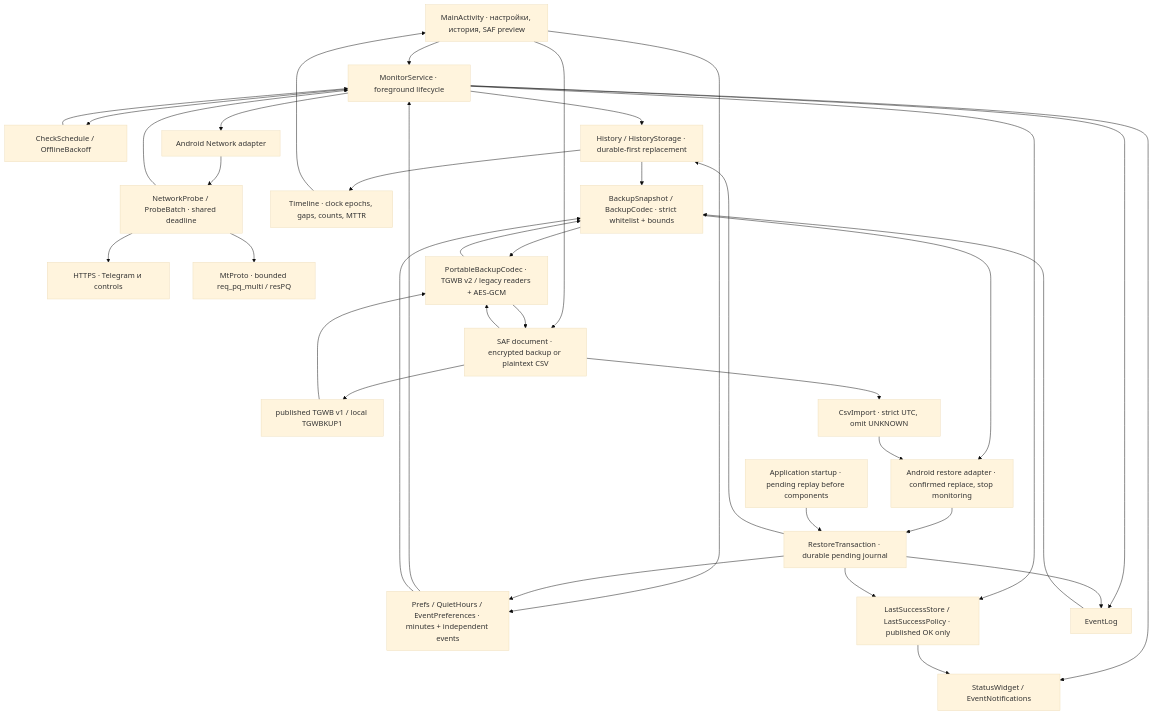
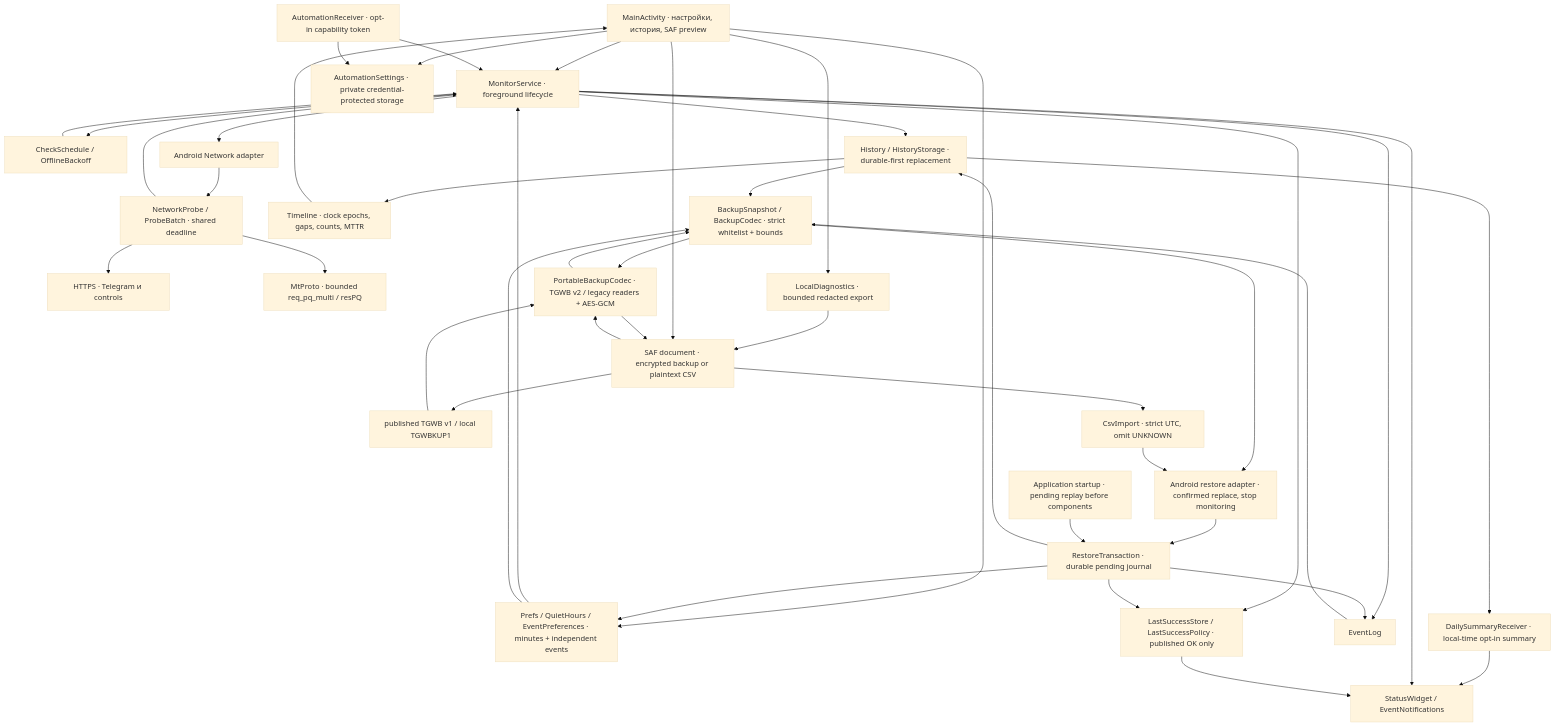
One commit to qlolp/TgWatch changed the first of 2 diagrams in docs/superpowers/architecture.md. Above: the diagram before and after it, drawn with Mermaid (base theme). The commit also changed other lines of this file and 65 other files, not shown here.

Commit message:
Add Android 15 accessibility, token automation and local diagnostics

````diff
--- a/docs/superpowers/architecture.md
+++ b/docs/superpowers/architecture.md
@@ -5,62 +5,73 @@
 ```mermaid
 flowchart TD
     UI["MainActivity · настройки, история, SAF preview"]
     SERVICE["MonitorService · foreground lifecycle"]
     SCHEDULE["CheckSchedule / OfflineBackoff"]
     NETWORK["Android Network adapter"]
     PROBE["NetworkProbe / ProbeBatch · shared deadline"]
     HTTP["HTTPS · Telegram и controls"]
     MT["MtProto · bounded req_pq_multi / resPQ"]
     HISTORY["History / HistoryStorage · durable-first replacement"]
     TIMELINE["Timeline · clock epochs, gaps, counts, MTTR"]
     PREFS["Prefs / QuietHours / EventPreferences · minutes + independent events"]
     SUCCESS["LastSuccessStore / LastSuccessPolicy · published OK only"]
     PRESENT["StatusWidget / EventNotifications"]
     LOG["EventLog"]
     FILE["SAF document · encrypted backup or plaintext CSV"]
     SNAP["BackupSnapshot / BackupCodec · strict whitelist + bounds"]
     CRYPTO["PortableBackupCodec · TGWB v2 / legacy readers + AES-GCM"]
     LEGACY["published TGWB v1 / local TGWBKUP1"]
     CSV["CsvImport · strict UTC, omit UNKNOWN"]
     RESTORE["Android restore adapter · confirmed replace, stop monitoring"]
     TX["RestoreTransaction · durable pending journal"]
     START["Application startup · pending replay before components"]
+    AUTO["AutomationReceiver · opt-in capability token"]
+    CREDENTIALS["AutomationSettings · private credential-protected storage"]
+    DIAG["LocalDiagnostics · bounded redacted export"]
+    SUMMARY["DailySummaryReceiver · local-time opt-in summary"]
 
     UI --> SERVICE
+    UI --> CREDENTIALS
+    AUTO --> CREDENTIALS
+    AUTO --> SERVICE
+    UI --> DIAG
+    DIAG --> FILE
+    HISTORY --> SUMMARY
+    SUMMARY --> PRESENT
     UI --> PREFS
     SERVICE --> SCHEDULE
     SCHEDULE --> SERVICE
     SERVICE --> NETWORK
     NETWORK --> PROBE
     PROBE --> HTTP
     PROBE --> MT
     PROBE --> SERVICE
     SERVICE --> HISTORY
     HISTORY --> TIMELINE
     TIMELINE --> UI
     SERVICE --> SUCCESS
     SERVICE --> LOG
     SERVICE --> PRESENT
     SUCCESS --> PRESENT
     PREFS --> SERVICE
 
     UI --> FILE
     HISTORY --> SNAP
     PREFS --> SNAP
     LOG --> SNAP
     SNAP --> CRYPTO
     CRYPTO --> FILE
     FILE --> LEGACY
     LEGACY --> CRYPTO
     FILE --> CRYPTO
     CRYPTO --> SNAP
     FILE --> CSV
     SNAP --> RESTORE
     CSV --> RESTORE
     RESTORE --> TX
     START --> TX
     TX --> HISTORY
     TX --> PREFS
     TX --> LOG
     TX --> SUCCESS
 ```
````
